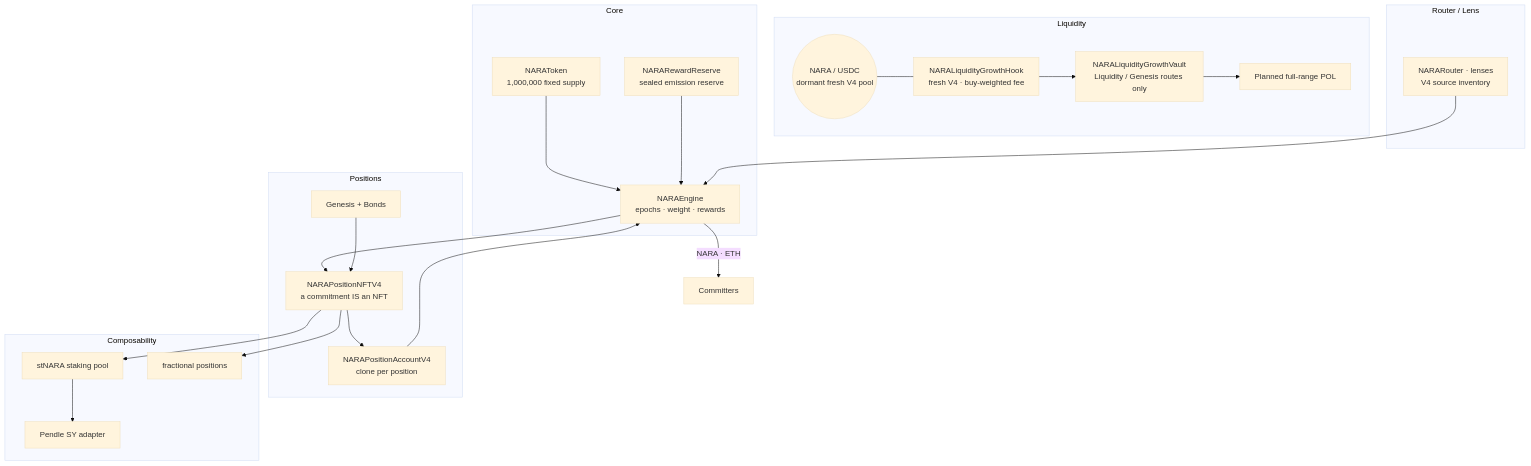
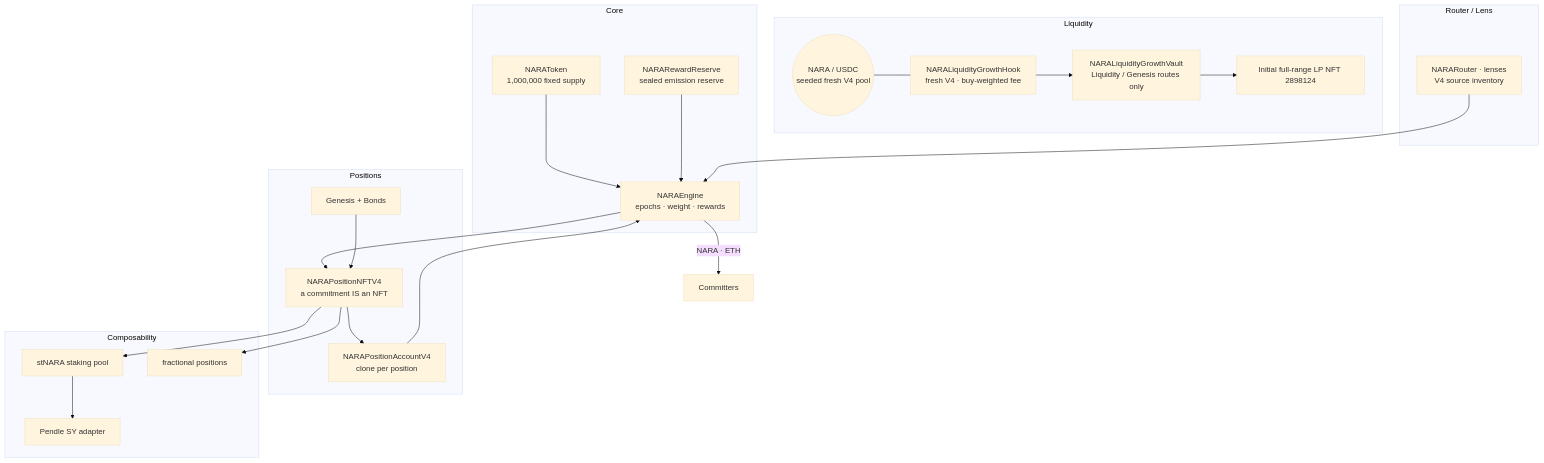
The diagram in README.md (NARAProtocol/nara_protocol_v4), drawn with Mermaid (base theme) before and after one commit. The commit also changed other lines of this file and 30 other files, not shown here.

````diff
--- a/README.md
+++ b/README.md
@@ -95,37 +105,37 @@
 ```mermaid
 flowchart TD
     subgraph CORE[Core]
       T[NARAToken<br/>1,000,000 fixed supply]
       E[NARAEngine<br/>epochs · weight · rewards]
       R[NARARewardReserve<br/>sealed emission reserve]
     end
     subgraph LIQ[Liquidity]
       H[NARALiquidityGrowthHook<br/>fresh V4 · buy-weighted fee]
       V[NARALiquidityGrowthVault<br/>Liquidity / Genesis routes only]
-      P((NARA / USDC<br/>dormant fresh V4 pool))
-      LP[Planned full-range POL]
+      P((NARA / USDC<br/>seeded fresh V4 pool))
+      LP[Initial full-range LP NFT 2898124]
     end
     subgraph POS[Positions]
       NFT[NARAPositionNFTV4<br/>a commitment IS an NFT]
       ACC[NARAPositionAccountV4<br/>clone per position]
       G[Genesis + Bonds]
     end
     subgraph CMP[Composability]
       ST[stNARA staking pool]
       SY[Pendle SY adapter]
       FR[fractional positions]
     end
     subgraph RTR[Router / Lens]
       RT[NARARouter · lenses<br/>V4 source inventory]
     end
 
     T --> E
     R --> E
     P --- H --> V --> LP
     E --> NFT --> ACC --> E
     G --> NFT
     NFT --> ST --> SY
     NFT --> FR
     RT --> E
     E -->|NARA · ETH| U[Committers]
 ```
````
